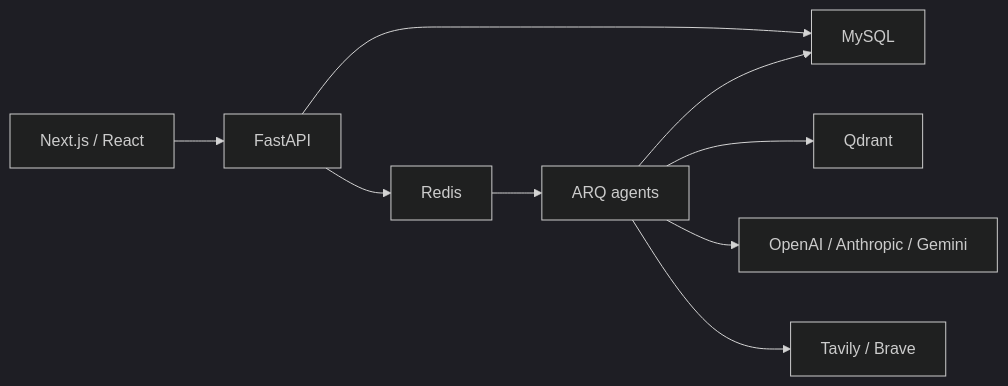
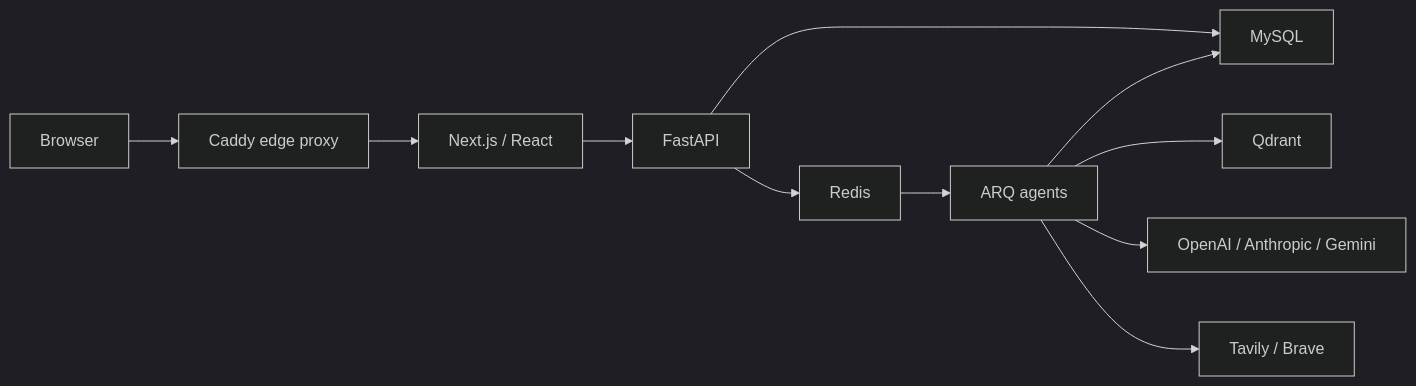
Before and after one commit to Ankur1902/research-agent: the diagram in README.md, drawn with Mermaid (dark theme). The commit also changed 6 other files, not shown here.

First line of the commit message:
Add Caddy edge proxy so client identity is trustworthy

````diff
--- a/README.md
+++ b/README.md
@@ -24,11 +24,13 @@
 ```mermaid
 flowchart LR
- UI[Next.js / React] --> API[FastAPI]
+ Browser --> Edge[Caddy edge proxy]
+ Edge --> UI[Next.js / React]
+ UI --> API[FastAPI]
  API --> MySQL
  API --> Redis
  Redis --> Worker[ARQ agents]
  Worker --> MySQL
  Worker --> Qdrant
  Worker --> Providers[OpenAI / Anthropic / Gemini]
  Worker --> Search[Tavily / Brave]
 ```
````
